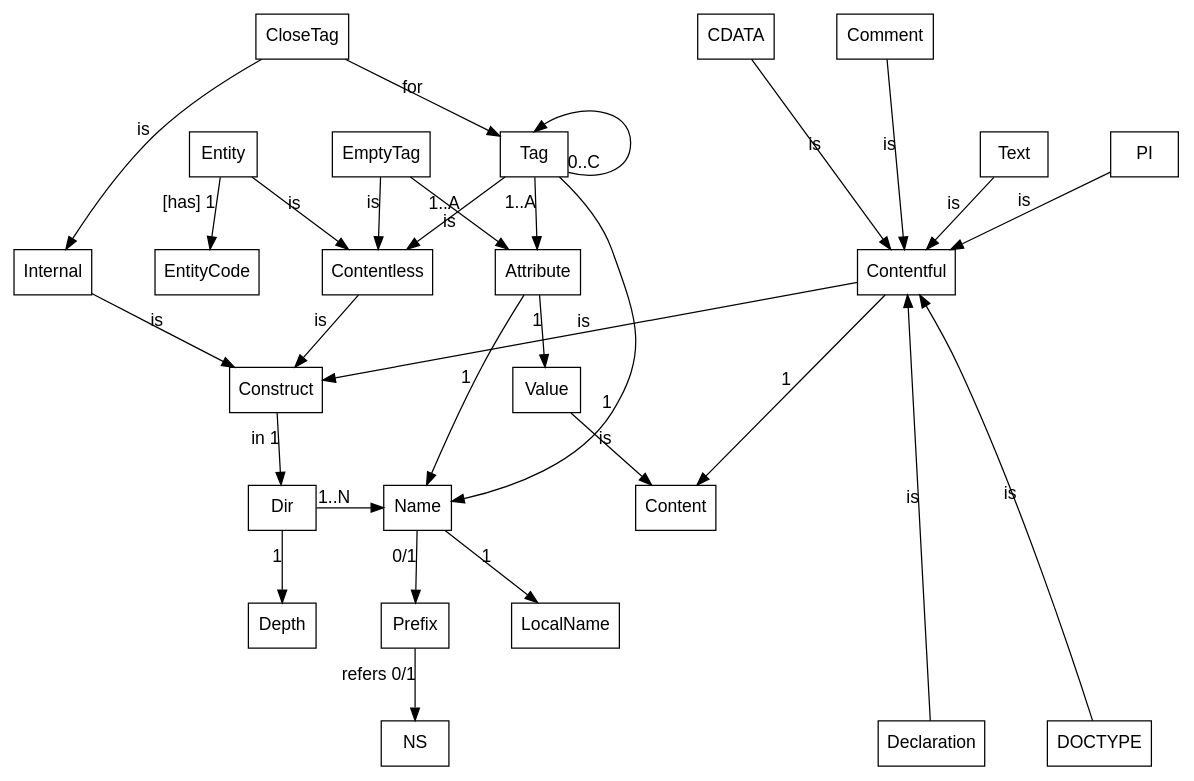
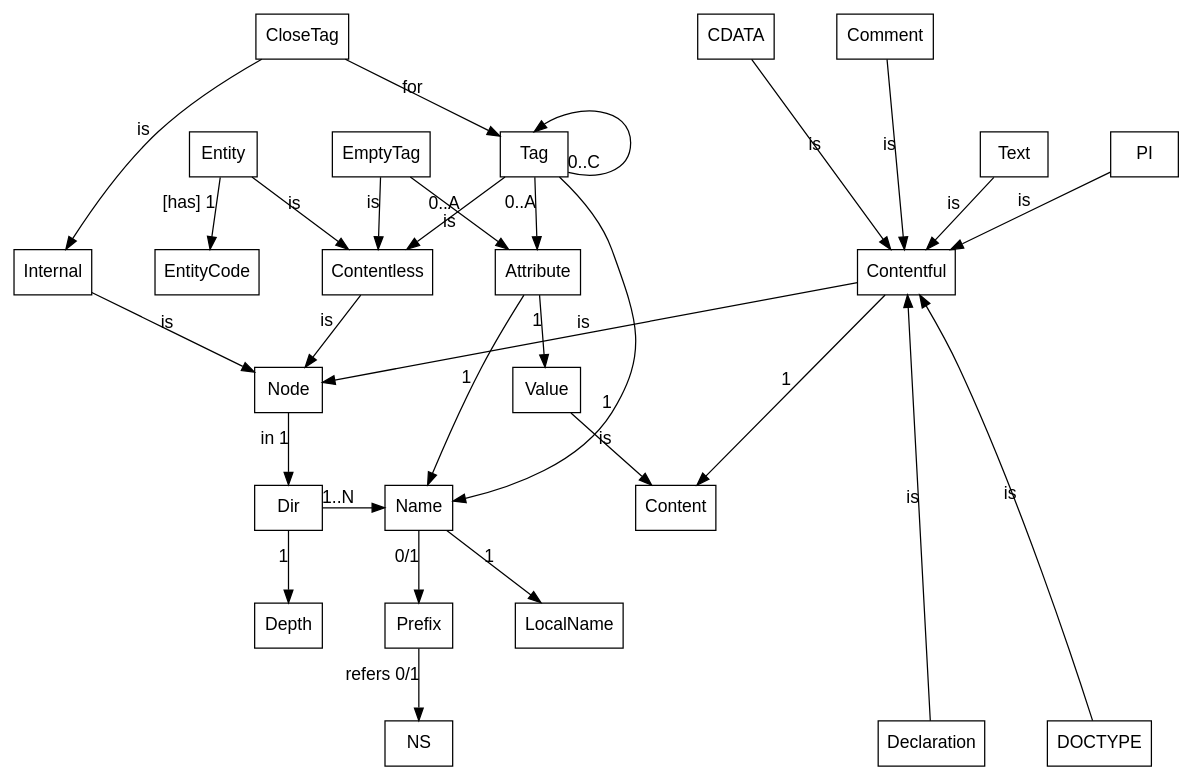
Before and after one commit to disco85/xmlalt: the diagram in model.gv, drawn with Graphviz. The commit also changed 1 other file, not shown here.

```diff
--- a/model.gv
+++ b/model.gv
@@ -1,50 +1,50 @@
 digraph model_graph {
   graph [splines=true, nodesep=0.7, ranksep=0.8]
   fontname="Helvetica,Arial,sans-serif"
   node [fontname="Helvetica,Arial,sans-serif"]
   edge [fontname="Helvetica,Arial,sans-serif"]
   node [shape=box]
 
   Name -> LocalName [xlabel = "1"]
   Name -> Prefix [xlabel = "0/1"]
   Prefix -> NS [xlabel = "refers 0/1"]
 
   Dir -> Name [xlabel = "1..N"]
   Dir -> Depth [xlabel = 1]
 
   Attribute -> Name [xlabel = 1]
   Attribute -> Value [xlabel = 1]
   Value -> Content [xlabel = is]
 
-  Construct -> Dir [xlabel = "in 1"]
+  "Node" -> Dir [xlabel = "in 1"]
 
-  Contentful -> Construct [xlabel = is]
+  Contentful -> "Node" [xlabel = is]
   Contentful -> Content [xlabel = 1]
-  
+
   CDATA -> Contentful [xlabel = is]
   Comment -> Contentful [xlabel = is]
   Text -> Contentful [xlabel = is]
   PI -> Contentful [xlabel = is]
   Declaration -> Contentful [xlabel = is]
   DOCTYPE -> Contentful [xlabel = is]
-  
-  {rank=min; CDATA; Comment; }
-  {rank=same; Text; PI; }
-  {rank=max; Declaration; DOCTYPE; }
-  {rank=same; Name; Dir; }
-  
-  Contentless -> Construct [xlabel = is]
+
+  { rank=min; CDATA; Comment; }
+  { rank=same; Text; PI; }
+  { rank=max; Declaration; DOCTYPE; }
+  { rank=same; Name; Dir; }
+
+  Contentless -> "Node" [xlabel = is]
   Entity -> Contentless [xlabel = is]
   Entity -> EntityCode [xlabel = "[has] 1"]
   EmptyTag -> Contentless [xlabel = is]
-  EmptyTag -> Attribute [xlabel = "1..A"]
+  EmptyTag -> Attribute [xlabel = "0..A"]
 
   Tag -> Contentless [xlabel = is]
-  Tag -> Attribute [xlabel = "1..A"]
+  Tag -> Attribute [xlabel = "0..A"]
   Tag -> Name [xlabel = 1]
   Tag -> Tag:n [xlabel = "0..C"]
 
-  Internal -> Construct [xlabel = is]
+  Internal -> "Node" [xlabel = is]
   CloseTag -> Internal [xlabel = is]
   CloseTag -> Tag [xlabel = for]
 }
```
